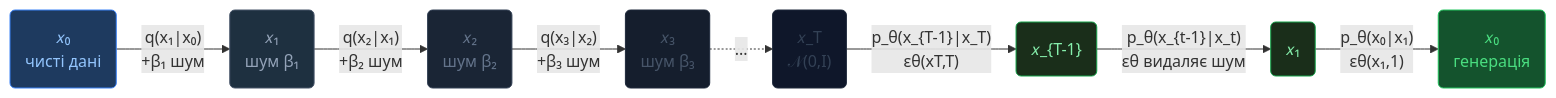
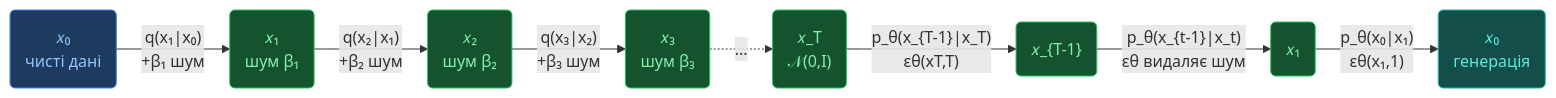
Before and after one commit to OlehVolkov/AlphaFold3-AIGen-KnowledgeBase: the first of 8 diagrams in UA/1. AlphaFold3/1.2. Архітектура/1.2.4. Дифузійні моделі — теорія та застосування.md, drawn with Mermaid. The commit also changed other lines of this file and 33 other files, not shown here.

Commit message:
Linting and fixes in diagrams

````diff
--- a/UA/1. AlphaFold3/1.2. Архітектура/1.2.4. Дифузійні моделі — теорія та застосування.md
+++ b/UA/1. AlphaFold3/1.2. Архітектура/1.2.4. Дифузійні моделі — теорія та застосування.md
@@ -35,25 +35,24 @@
 ```mermaid
 flowchart LR
-    x0("𝑥₀<br/>чисті дані"):::clean
-    x1("𝑥₁<br/>шум β₁"):::noisy1
-    x2("𝑥₂<br/>шум β₂"):::noisy2
-    x3("𝑥₃<br/>шум β₃"):::noisy3
-    xT("𝑥_T<br/>𝒩(0,I)"):::pure
+    x0("𝑥₀<br/>чисті дані"):::input
+    x1("𝑥₁<br/>шум β₁"):::diffusion
+    x2("𝑥₂<br/>шум β₂"):::diffusion
+    x3("𝑥₃<br/>шум β₃"):::diffusion
+    xT("𝑥_T<br/>𝒩(0,I)"):::diffusion
 
     x0 -- "q(x₁|x₀)<br/>+β₁ шум" --> x1
     x1 -- "q(x₂|x₁)<br/>+β₂ шум" --> x2
     x2 -- "q(x₃|x₂)<br/>+β₃ шум" --> x3
     x3 -. "..." .-> xT
 
-    xT -- "p_θ(x_{T-1}|x_T)<br/>εθ(xT,T)" --> x3r("𝑥_{T-1}"):::rev
-    x3r -- "p_θ(x_{t-1}|x_t)<br/>εθ видаляє шум" --> x1r("𝑥₁"):::rev
-    x1r -- "p_θ(x₀|x₁)<br/>εθ(x₁,1)" --> x0r("𝑥₀<br/>генерація"):::rclean
+    xT -- "p_θ(x_{T-1}|x_T)<br/>εθ(xT,T)" --> x3r("𝑥_{T-1}"):::diffusion
+    x3r -- "p_θ(x_{t-1}|x_t)<br/>εθ видаляє шум" --> x1r("𝑥₁"):::diffusion
+    x1r -- "p_θ(x₀|x₁)<br/>εθ(x₁,1)" --> x0r("𝑥₀<br/>генерація"):::output
 
-    classDef clean    fill:#1e3a5f,stroke:#3b82f6,color:#93c5fd
-    classDef noisy1   fill:#1e3040,stroke:#475569,color:#94a3b8
-    classDef noisy2   fill:#1a2535,stroke:#334155,color:#64748b
-    classDef noisy3   fill:#151e2d,stroke:#1e293b,color:#475569
-    classDef pure     fill:#0f172a,stroke:#1e293b,color:#334155
-    classDef rev      fill:#1a2e1a,stroke:#16a34a,color:#86efac
-    classDef rclean   fill:#14532d,stroke:#22c55e,color:#4ade80
+    classDef input fill:#1e3a5f,stroke:#3b82f6,color:#93c5fd
+    classDef trunk fill:#312e81,stroke:#7c3aed,color:#c4b5fd
+    classDef diffusion fill:#14532d,stroke:#22c55e,color:#86efac
+    classDef confidence fill:#7c2d12,stroke:#ea580c,color:#fdba74
+    classDef output fill:#134e4a,stroke:#14b8a6,color:#5eead4
+    classDef neutral fill:#1e293b,stroke:#475569,color:#94a3b8
 ```
````
